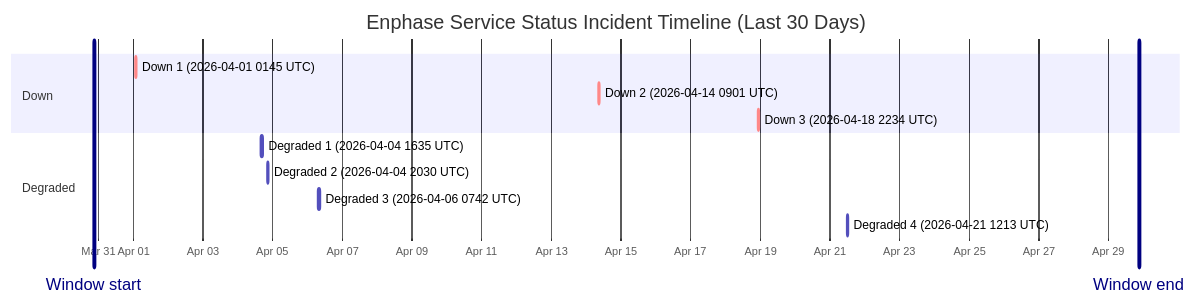
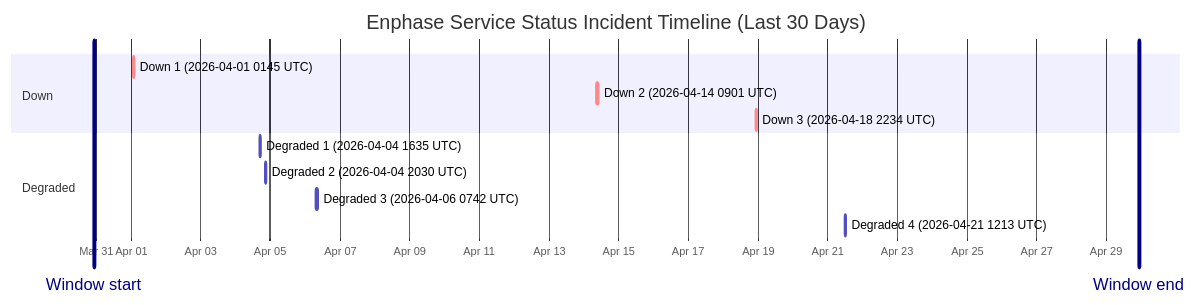
One commit to barneyonline/ha-enphase-ev-charger changed the diagram in wiki/Service-Status-History.md. Above: the diagram before and after it, drawn with Mermaid. The commit also changed other lines of this file and 3 other files, not shown here.

````diff
--- a/wiki/Service-Status-History.md
+++ b/wiki/Service-Status-History.md
@@ -14,17 +14,17 @@
 ```mermaid
 gantt
     title Enphase Service Status Incident Timeline (Last 30 Days)
     dateFormat  YYYY-MM-DDTHH:mm:ss
     axisFormat  %b %d
-    Window start :vert, window-start, 2026-03-30T21:03:33, 0ms
-    Window end :vert, window-end, 2026-04-29T21:03:33, 0ms
+    Window start :vert, window-start, 2026-03-30T22:30:11, 0ms
+    Window end :vert, window-end, 2026-04-29T22:30:11, 0ms
     section Down
     Down 1 (2026-04-01 0145 UTC) :crit, down-1, 2026-04-01T01:45:09, 60m
     Down 2 (2026-04-14 0901 UTC) :crit, down-2, 2026-04-14T09:01:13, 60m
     Down 3 (2026-04-18 2234 UTC) :crit, down-3, 2026-04-18T22:34:13, 60m
     section Degraded
     Degraded 1 (2026-04-04 1635 UTC) :active, degraded-1, 2026-04-04T16:35:17, 60m
     Degraded 2 (2026-04-04 2030 UTC) :active, degraded-2, 2026-04-04T20:30:40, 60m
     Degraded 3 (2026-04-06 0742 UTC) :active, degraded-3, 2026-04-06T07:42:09, 85m
     Degraded 4 (2026-04-21 1213 UTC) :active, degraded-4, 2026-04-21T12:13:11, 60m
 ```
````
